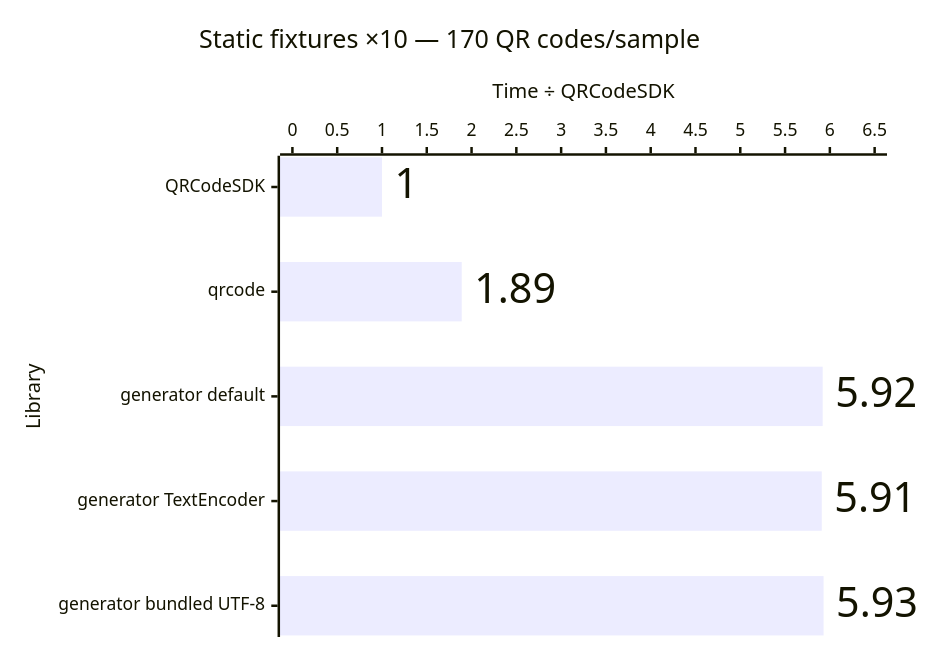
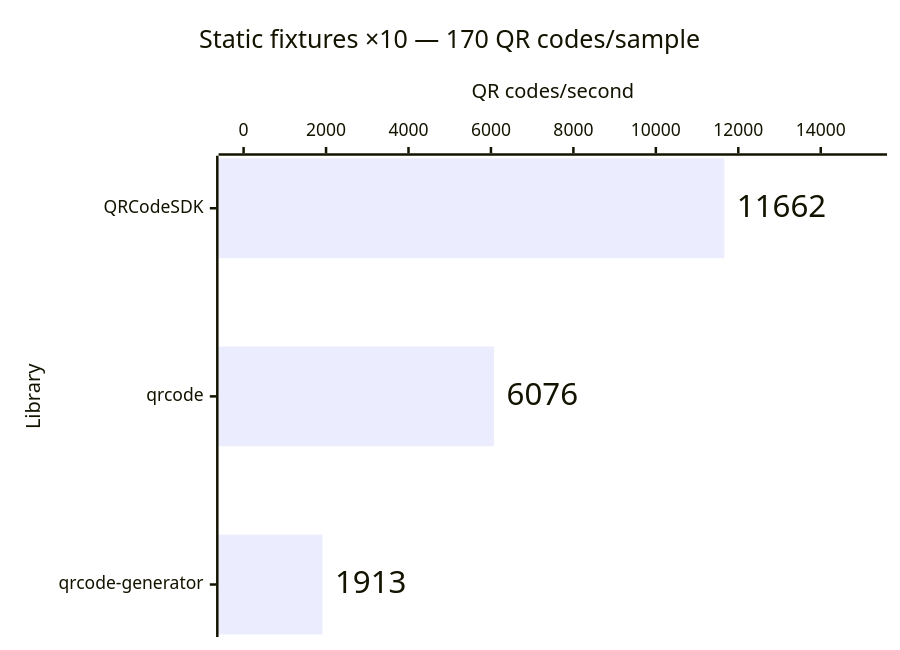
Before and after one commit to Dafnik/qrcodesdk: the second of 14 diagrams in apps/docs/src/content/docs/learn/performance.md, drawn with Mermaid. The commit also changed other lines of this file and 21 other files, not shown here.

````diff
--- a/apps/docs/src/content/docs/learn/performance.md
+++ b/apps/docs/src/content/docs/learn/performance.md
@@ -42,15 +45,15 @@
 ```mermaid
 ---
 config:
   xyChart:
     showDataLabel: true
     showDataLabelOutsideBar: true
 ---
 xychart horizontal
   accTitle: Matrix generation: Static fixtures ×10 — 170 QR codes/sample
-  accDescr: Relative median time compared with QRCodeSDK. QRCodeSDK 1.00 times, qrcode 1.89 times, generator default 5.92 times, generator TextEncoder 5.91 times, generator bundled UTF-8 5.93 times. Lower is better.
+  accDescr: Throughput calculated from median time. QRCodeSDK 11,662 QR codes per second, qrcode 6,076 QR codes per second, qrcode-generator 1,913 QR codes per second. Higher is better.
   title "Static fixtures ×10 — 170 QR codes/sample"
-  x-axis "Library" ["QRCodeSDK", "qrcode", "generator default", "generator TextEncoder", "generator bundled UTF-8"]
-  y-axis "Time ÷ QRCodeSDK" 0 --> 6.5
-  bar [1.00, 1.89, 5.92, 5.91, 5.93]
+  x-axis "Library" ["QRCodeSDK", "qrcode", "qrcode-generator"]
+  y-axis "QR codes/second" 0 --> 15000
+  bar [11662, 6076, 1913]
 ```
````
